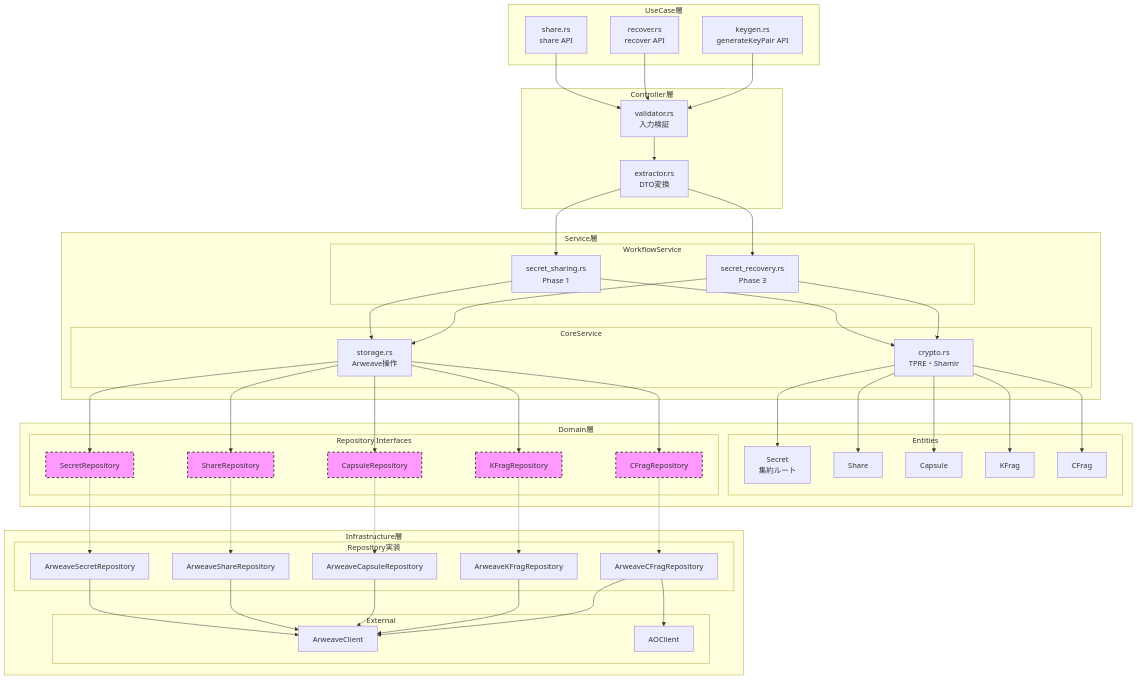
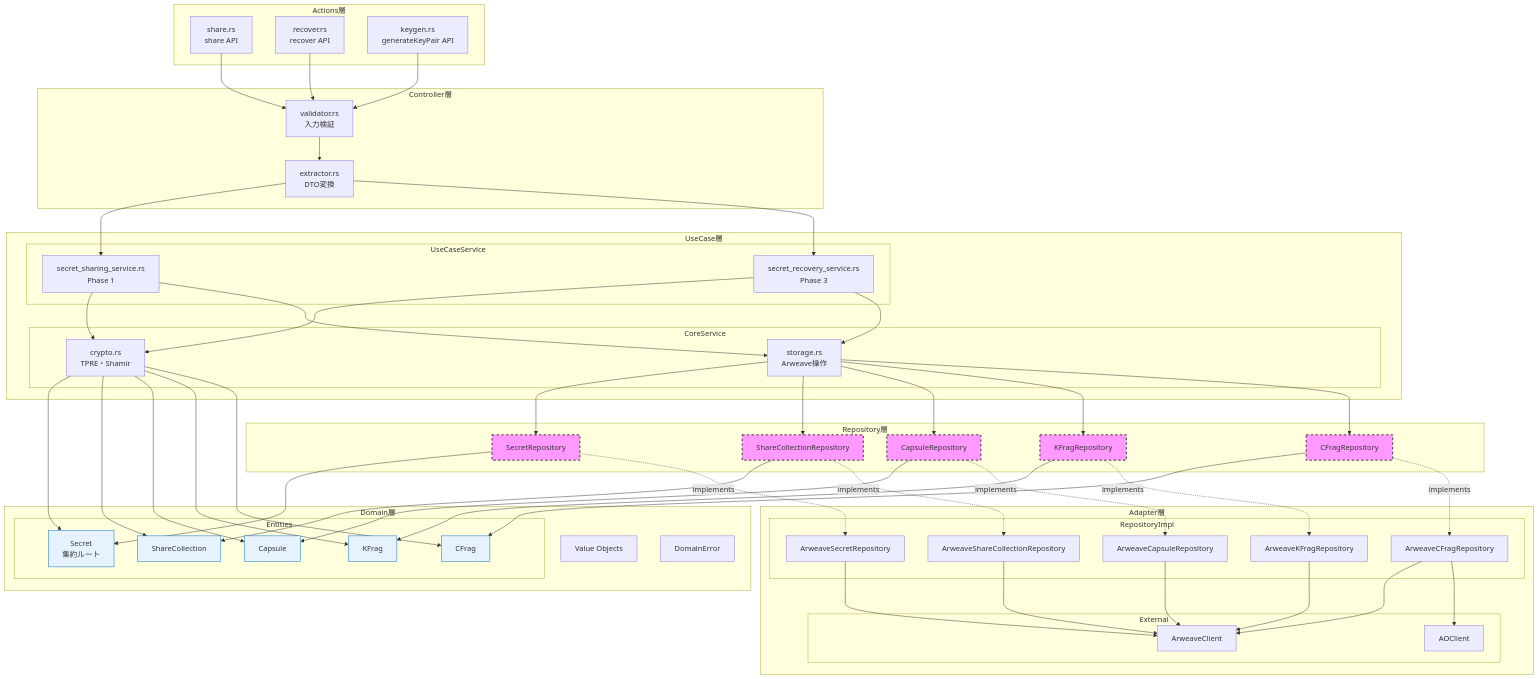
One commit to shodaimomiyama/D-TPRES changed the second of 2 diagrams in client/docs/development/architecture/architecture_overview.md. Above: the diagram before and after it, drawn with Mermaid. The commit also changed other lines of this file and 10 other files, not shown here.

First line of the commit message:
Remove obsolete repository interfaces for Client Domain

````diff
--- a/client/docs/development/architecture/architecture_overview.md
+++ b/client/docs/development/architecture/architecture_overview.md
@@ -86,20 +88,20 @@
 ```mermaid
 graph TB
-    subgraph "UseCase層"
-        UC1[share.rs<br/>share API]
-        UC2[recover.rs<br/>recover API]
-        UC3[keygen.rs<br/>generateKeyPair API]
+    subgraph "Actions層"
+        AC1[share.rs<br/>share API]
+        AC2[recover.rs<br/>recover API]
+        AC3[keygen.rs<br/>generateKeyPair API]
     end
 
     subgraph "Controller層"
         V[validator.rs<br/>入力検証]
-        E[extractor.rs<br/>DTO変換]
+        EX[extractor.rs<br/>DTO変換]
     end
 
-    subgraph "Service層"
-        subgraph "WorkflowService"
-            WS1[secret_sharing.rs<br/>Phase 1]
-            WS2[secret_recovery.rs<br/>Phase 3]
+    subgraph "UseCase層"
+        subgraph "UseCaseService"
+            US1[secret_sharing_service.rs<br/>Phase 1]
+            US2[secret_recovery_service.rs<br/>Phase 3]
         end
         subgraph "CoreService"
             CS1[crypto.rs<br/>TPRE・Shamir]
@@ -110,44 +112,47 @@
     subgraph "Domain層"
         subgraph "Entities"
             E1[Secret<br/>集約ルート]
-            E2[Share]
+            E2[ShareCollection]
             E3[Capsule]
             E4[KFrag]
             E5[CFrag]
         end
-        subgraph "Repository Interfaces"
-            R1[SecretRepository]
-            R2[ShareRepository]
-            R3[CapsuleRepository]
-            R4[KFragRepository]
-            R5[CFragRepository]
-        end
+        VO[Value Objects]
+        ERR[DomainError]
     end
 
-    subgraph "Infrastructure層"
-        subgraph "Repository実装"
+    subgraph "Repository層"
+        R1[SecretRepository]
+        R2[ShareCollectionRepository]
+        R3[CapsuleRepository]
+        R4[KFragRepository]
+        R5[CFragRepository]
+    end
+
+    subgraph "Adapter層"
+        subgraph "RepositoryImpl"
             RI1[ArweaveSecretRepository]
-            RI2[ArweaveShareRepository]
+            RI2[ArweaveShareCollectionRepository]
             RI3[ArweaveCapsuleRepository]
             RI4[ArweaveKFragRepository]
             RI5[ArweaveCFragRepository]
         end
         subgraph "External"
-            AC[ArweaveClient]
+            ARC[ArweaveClient]
             AOC[AOClient]
         end
     end
 
-    UC1 --> V
-    UC2 --> V
-    UC3 --> V
-    V --> E
-    E --> WS1
-    E --> WS2
-    WS1 --> CS1
-    WS1 --> CS2
-    WS2 --> CS1
-    WS2 --> CS2
+    AC1 --> V
+    AC2 --> V
+    AC3 --> V
+    V --> EX
+    EX --> US1
+    EX --> US2
+    US1 --> CS1
+    US1 --> CS2
+    US2 --> CS1
+    US2 --> CS2
     CS1 --> E1
     CS1 --> E2
     CS1 --> E3
@@ -158,16 +163,21 @@
     CS2 --> R3
     CS2 --> R4
     CS2 --> R5
-    R1 -.-> RI1
-    R2 -.-> RI2
-    R3 -.-> RI3
-    R4 -.-> RI4
-    R5 -.-> RI5
-    RI1 --> AC
-    RI2 --> AC
-    RI3 --> AC
-    RI4 --> AC
-    RI5 --> AC
+    R1 --> E1
+    R2 --> E2
+    R3 --> E3
+    R4 --> E4
+    R5 --> E5
+    R1 -.->|implements| RI1
+    R2 -.->|implements| RI2
+    R3 -.->|implements| RI3
+    R4 -.->|implements| RI4
+    R5 -.->|implements| RI5
+    RI1 --> ARC
+    RI2 --> ARC
+    RI3 --> ARC
+    RI4 --> ARC
+    RI5 --> ARC
     RI5 --> AOC
 
     style R1 fill:#f9f,stroke:#333,stroke-width:2px,stroke-dasharray:5,5
@@ -175,4 +185,9 @@
     style R3 fill:#f9f,stroke:#333,stroke-width:2px,stroke-dasharray:5,5
     style R4 fill:#f9f,stroke:#333,stroke-width:2px,stroke-dasharray:5,5
     style R5 fill:#f9f,stroke:#333,stroke-width:2px,stroke-dasharray:5,5
+    style E1 fill:#e6f3ff,stroke:#0066cc
+    style E2 fill:#e6f3ff,stroke:#0066cc
+    style E3 fill:#e6f3ff,stroke:#0066cc
+    style E4 fill:#e6f3ff,stroke:#0066cc
+    style E5 fill:#e6f3ff,stroke:#0066cc
 ```
````
